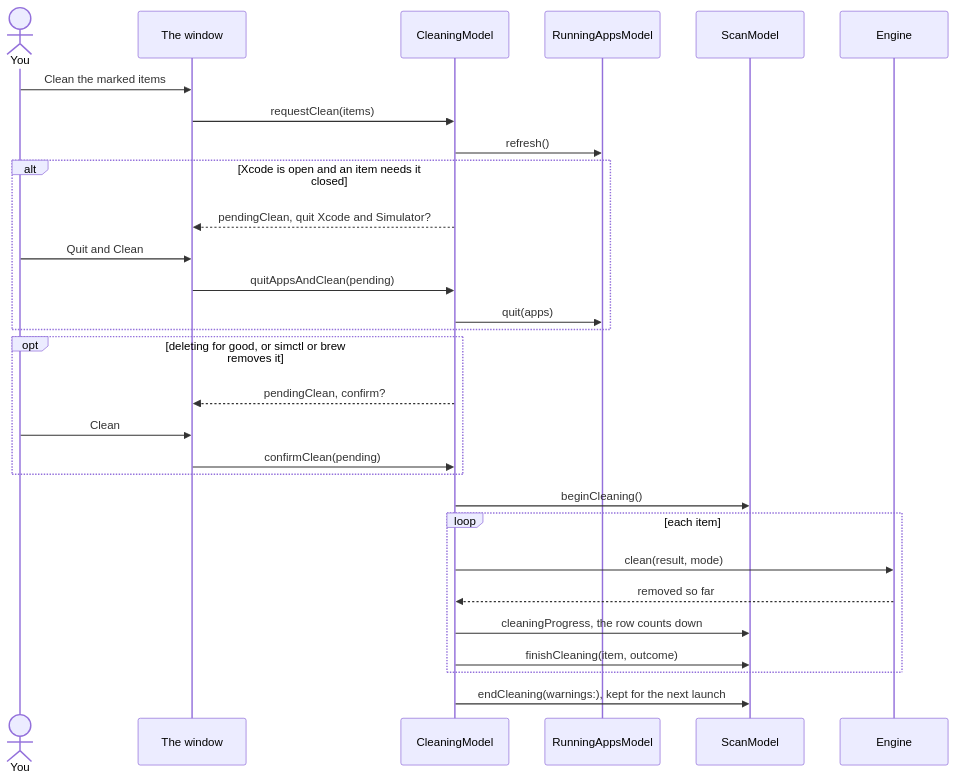
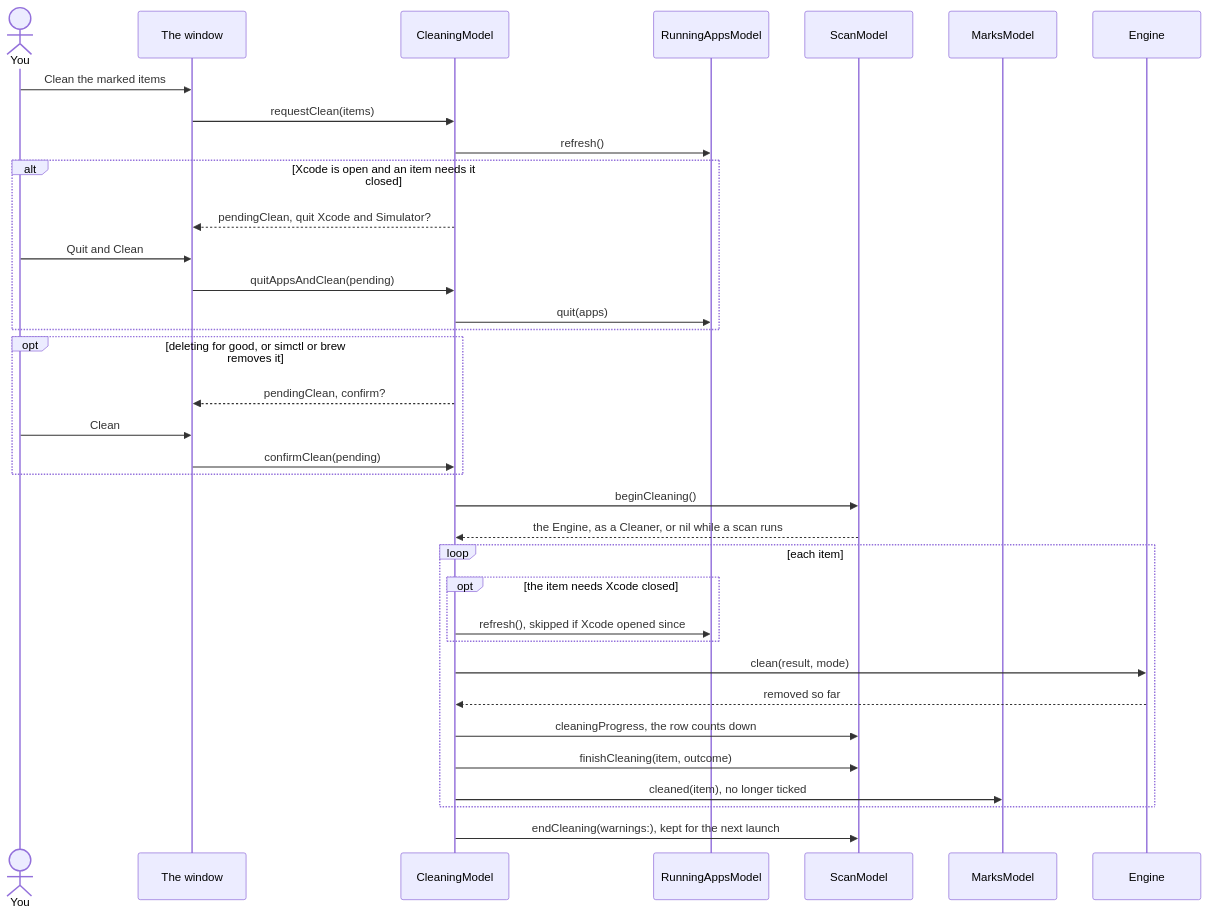
Before and after one commit to JaviLorbada/devsweep: the third of 3 diagrams in docs/architecture.md, drawn with Mermaid. The commit also changed other lines of this file and 11 other files, not shown here.

````diff
--- a/docs/architecture.md
+++ b/docs/architecture.md
@@ -245,31 +246,37 @@
 ```mermaid
 sequenceDiagram
   actor You
   participant Window as The window
   participant Cleaning as CleaningModel
   participant Apps as RunningAppsModel
   participant Scan as ScanModel
+  participant Marks as MarksModel
   participant Engine
   You->>Window: Clean the marked items
   Window->>Cleaning: requestClean(items)
   Cleaning->>Apps: refresh()
   alt Xcode is open and an item needs it closed
     Cleaning-->>Window: pendingClean, quit Xcode and Simulator?
     You->>Window: Quit and Clean
     Window->>Cleaning: quitAppsAndClean(pending)
     Cleaning->>Apps: quit(apps)
   end
   opt deleting for good, or simctl or brew removes it
     Cleaning-->>Window: pendingClean, confirm?
     You->>Window: Clean
     Window->>Cleaning: confirmClean(pending)
   end
   Cleaning->>Scan: beginCleaning()
+  Scan-->>Cleaning: the Engine, as a Cleaner, or nil while a scan runs
   loop each item
+    opt the item needs Xcode closed
+      Cleaning->>Apps: refresh(), skipped if Xcode opened since
+    end
     Cleaning->>Engine: clean(result, mode)
     Engine-->>Cleaning: removed so far
     Cleaning->>Scan: cleaningProgress, the row counts down
     Cleaning->>Scan: finishCleaning(item, outcome)
+    Cleaning->>Marks: cleaned(item), no longer ticked
   end
   Cleaning->>Scan: endCleaning(warnings:), kept for the next launch
 ```
````
